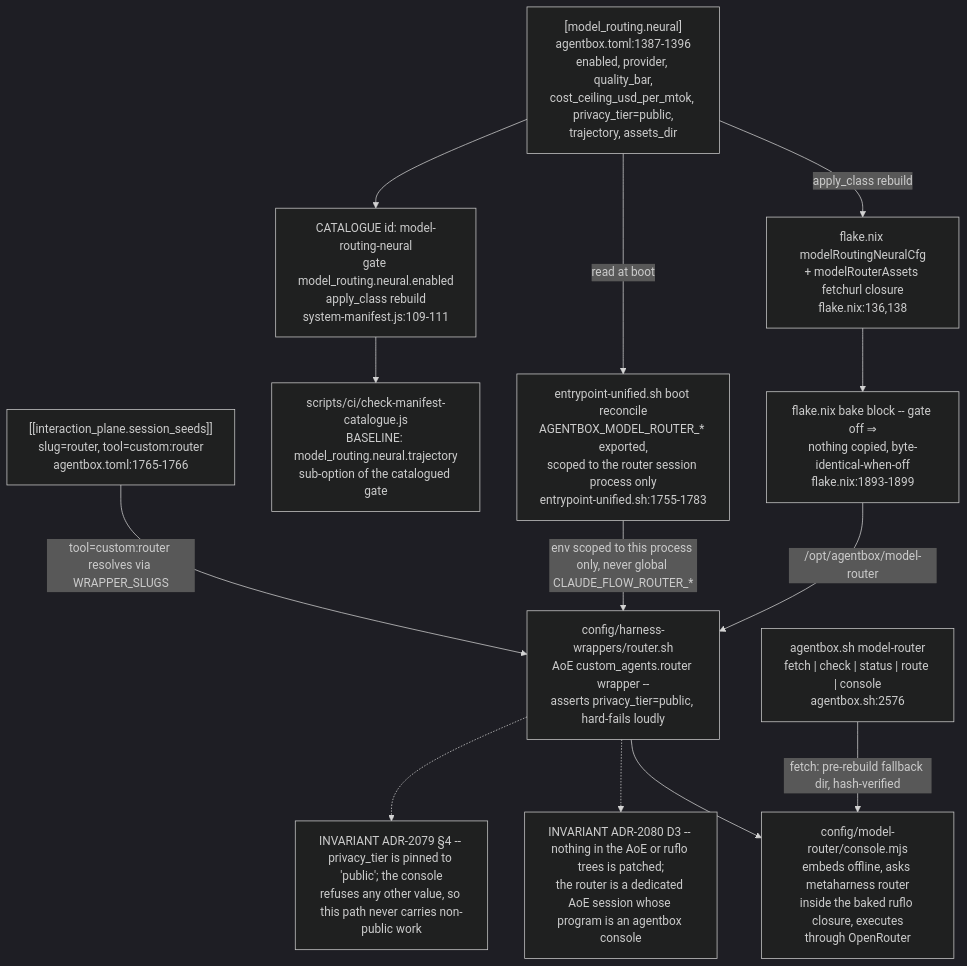
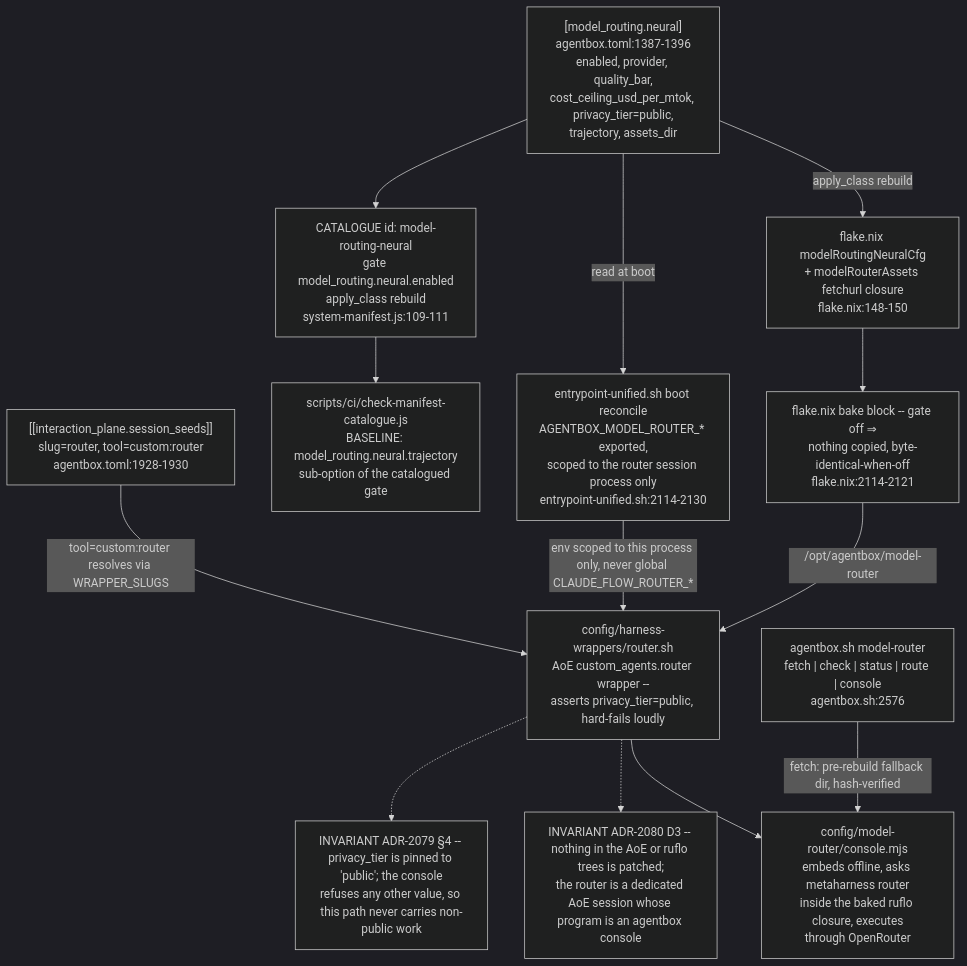
Diagram 14 of 14 in docs/diagrams/agentbox/15-capability-gating-spend-consultants.md (DreamLab-AI/VisionFlow), drawn with Mermaid (dark theme) before and after one commit. The commit also changed other lines of this file and 111 other files, not shown here.

Commit message:
docs(diagrams): align estate maps with current source

````diff
--- a/docs/diagrams/agentbox/15-capability-gating-spend-consultants.md
+++ b/docs/diagrams/agentbox/15-capability-gating-spend-consultants.md
@@ -713,29 +713,29 @@
 ```mermaid
 flowchart TD
     T["[model_routing.neural]<br/>agentbox.toml:1387-1396<br/>enabled, provider, quality_bar,<br/>cost_ceiling_usd_per_mtok, privacy_tier=public,<br/>trajectory, assets_dir"]
-    SEED["[[interaction_plane.session_seeds]]<br/>slug=router, tool=custom:router<br/>agentbox.toml:1765-1766"]
+    SEED["[[interaction_plane.session_seeds]]<br/>slug=router, tool=custom:router<br/>agentbox.toml:1928-1930"]
     CAT["CATALOGUE id: model-routing-neural<br/>gate model_routing.neural.enabled<br/>apply_class rebuild<br/>system-manifest.js:109-111"]
-    NIX["flake.nix modelRoutingNeuralCfg<br/>+ modelRouterAssets fetchurl closure<br/>flake.nix:136,138"]
-    BAKE["flake.nix bake block -- gate off ⇒<br/>nothing copied, byte-identical-when-off<br/>flake.nix:1893-1899"]
-    ENTRY["entrypoint-unified.sh boot reconcile<br/>AGENTBOX_MODEL_ROUTER_* exported,<br/>scoped to the router session process only<br/>entrypoint-unified.sh:1755-1783"]
+    NIX["flake.nix modelRoutingNeuralCfg<br/>+ modelRouterAssets fetchurl closure<br/>flake.nix:148-150"]
+    BAKE["flake.nix bake block -- gate off ⇒<br/>nothing copied, byte-identical-when-off<br/>flake.nix:2114-2121"]
+    ENTRY["entrypoint-unified.sh boot reconcile<br/>AGENTBOX_MODEL_ROUTER_* exported,<br/>scoped to the router session process only<br/>entrypoint-unified.sh:2114-2130"]
     WRAP["config/harness-wrappers/router.sh<br/>AoE custom_agents.router wrapper --<br/>asserts privacy_tier=public, hard-fails loudly"]
     CONSOLE["config/model-router/console.mjs<br/>embeds offline, asks metaharness router<br/>inside the baked ruflo closure, executes<br/>through OpenRouter"]
     CLI["agentbox.sh model-router<br/>fetch #124; check #124; status #124; route #124; console<br/>agentbox.sh:2576"]
     CATCHECK["scripts/ci/check-manifest-catalogue.js<br/>BASELINE: model_routing.neural.trajectory<br/>sub-option of the catalogued gate"]
 
     T -->|"apply_class rebuild"| NIX
     NIX --> BAKE
     BAKE -->|"/opt/agentbox/model-router"| WRAP
     T -->|"read at boot"| ENTRY
     ENTRY -->|"env scoped to this process only, never global CLAUDE_FLOW_ROUTER_*"| WRAP
     SEED -->|"tool=custom:router resolves via WRAPPER_SLUGS"| WRAP
     WRAP --> CONSOLE
     CLI -->|"fetch: pre-rebuild fallback dir, hash-verified"| CONSOLE
     T --> CAT
     CAT --> CATCHECK
 
     NOTE1["INVARIANT ADR-2080 D3 -- nothing in the AoE or ruflo trees is patched;<br/>the router is a dedicated AoE session whose program is an agentbox console"]
     NOTE2["INVARIANT ADR-2079 §4 -- privacy_tier is pinned to 'public'; the console<br/>refuses any other value, so this path never carries non-public work"]
     WRAP -.-> NOTE1
     WRAP -.-> NOTE2
 ```
````
